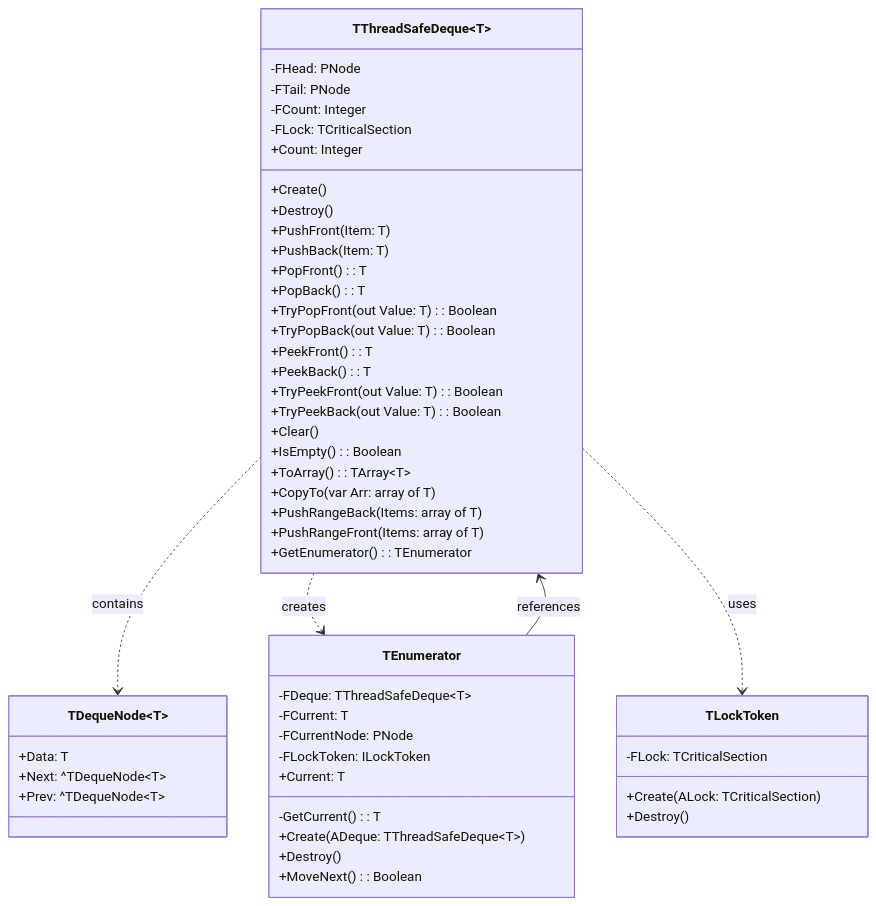
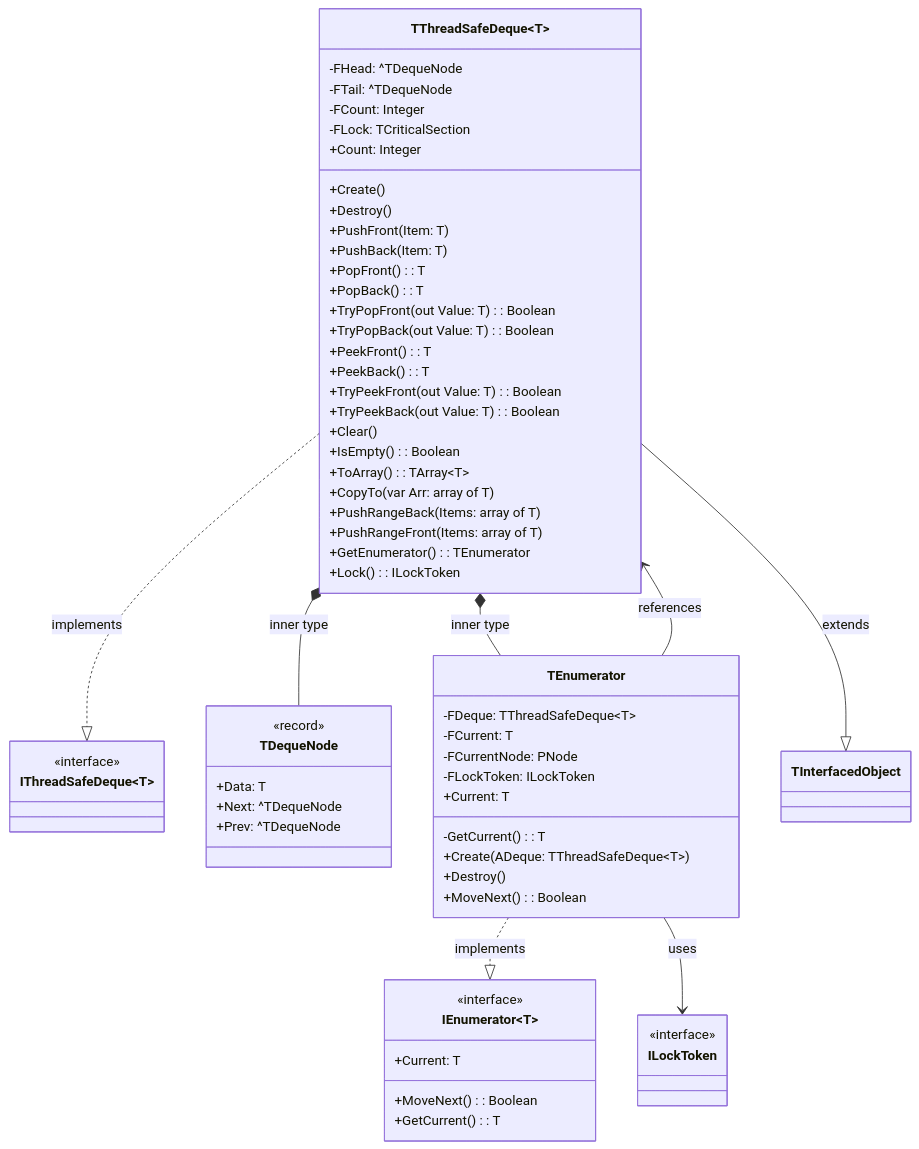
Before and after one commit to ikelaiah/threadsafecollections-fp: the diagram in docs/ThreadSafeCollections.Deque.md, drawn with Mermaid.

Commit message:
Update - Updated mermaid diagram of Deque

````diff
--- a/docs/ThreadSafeCollections.Deque.md
+++ b/docs/ThreadSafeCollections.Deque.md
@@ -5,54 +5,72 @@
 ```mermaid
 classDiagram
+    class IThreadSafeDeque~T~ {
+        <<interface>>
+    }
+
     class TThreadSafeDeque~T~ {
-        -FHead: PNode
-        -FTail: PNode
+        -FHead: ^TDequeNode
+        -FTail: ^TDequeNode
         -FCount: Integer
         -FLock: TCriticalSection
         +Create()
         +Destroy()
         +PushFront(Item: T)
         +PushBack(Item: T)
         +PopFront(): T
         +PopBack(): T
         +TryPopFront(out Value: T): Boolean
         +TryPopBack(out Value: T): Boolean
         +PeekFront(): T
         +PeekBack(): T
         +TryPeekFront(out Value: T): Boolean
         +TryPeekBack(out Value: T): Boolean
         +Clear()
         +IsEmpty(): Boolean
         +ToArray(): TArray~T~
         +CopyTo(var Arr: array of T)
         +PushRangeBack(Items: array of T)
         +PushRangeFront(Items: array of T)
         +GetEnumerator(): TEnumerator
+        +Lock(): ILockToken
         +Count: Integer
     }
-    class TDequeNode~T~ {
+    
+    class TDequeNode {
+        <<record>>
         +Data: T
-        +Next: ^TDequeNode~T~
-        +Prev: ^TDequeNode~T~
+        +Next: ^TDequeNode
+        +Prev: ^TDequeNode
     }
+    
+    class IEnumerator~T~ {
+        <<interface>>
+        +MoveNext(): Boolean
+        +GetCurrent(): T
+        +Current: T
+    }
+    
     class TEnumerator {
         -FDeque: TThreadSafeDeque~T~
         -FCurrent: T
         -FCurrentNode: PNode
         -FLockToken: ILockToken
         -GetCurrent(): T
         +Create(ADeque: TThreadSafeDeque~T~)
         +Destroy()
         +MoveNext(): Boolean
         +Current: T
     }
-    class TLockToken {
-        -FLock: TCriticalSection
-        +Create(ALock: TCriticalSection)
-        +Destroy()
+    
+    class ILockToken {
+        <<interface>>
     }
-    TThreadSafeDeque ..> TDequeNode : contains
-    TThreadSafeDeque ..> TEnumerator : creates
-    TThreadSafeDeque ..> TLockToken : uses
-    TEnumerator --> TThreadSafeDeque : references
+    
+    TThreadSafeDeque~T~ --|> TInterfacedObject : extends
+    TThreadSafeDeque~T~ ..|> IThreadSafeDeque~T~ : implements
+    TThreadSafeDeque~T~ *-- TDequeNode : inner type
+    TThreadSafeDeque~T~ *-- TEnumerator : inner type
+    TEnumerator ..|> IEnumerator~T~ : implements
+    TEnumerator --> TThreadSafeDeque~T~ : references
+    TEnumerator --> ILockToken : uses
 ```
````
